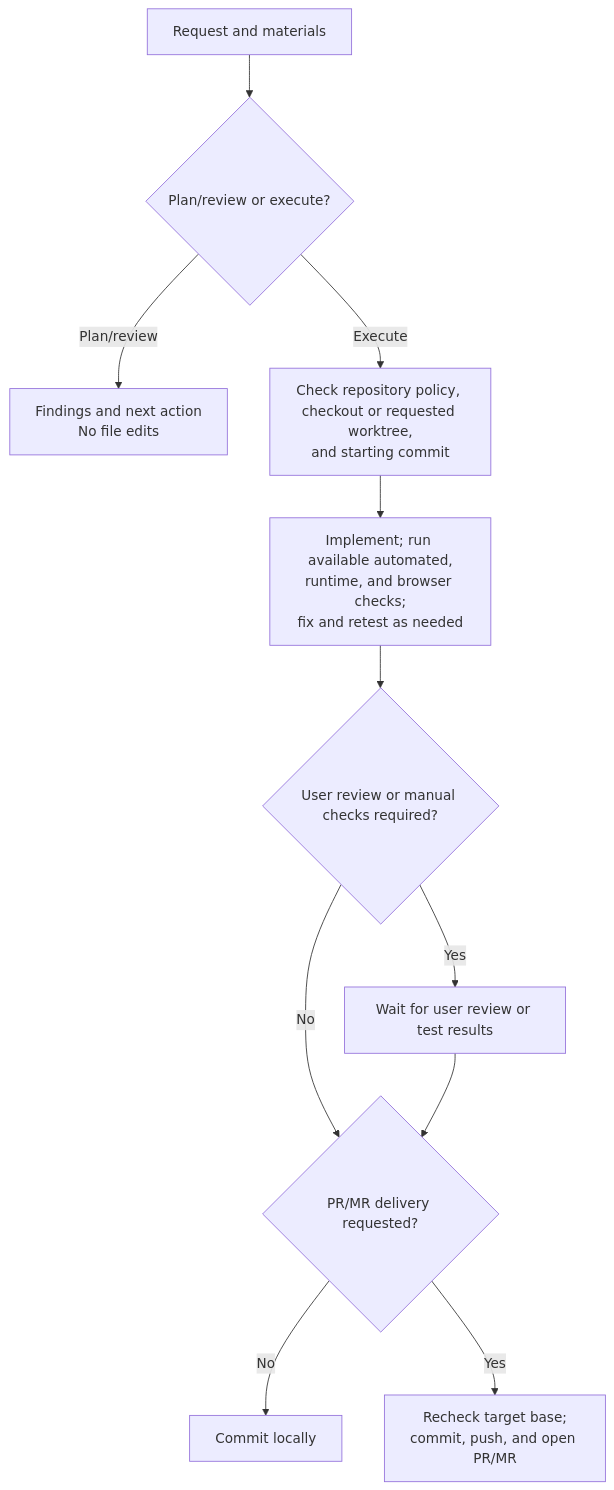
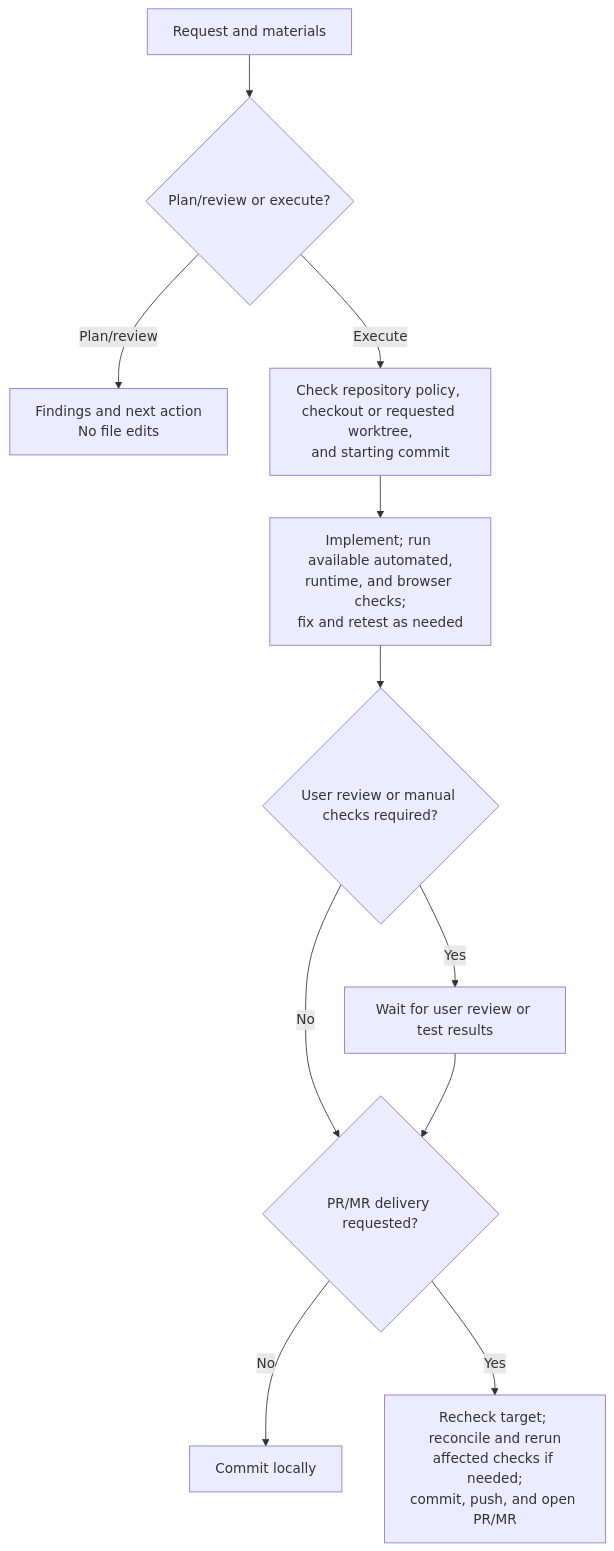
Before and after one commit to sherrilla71940/dotfiles: the second of 2 diagrams in README.md, drawn with Mermaid. The commit also changed other lines of this file and 1 other file, not shown here.

````diff
--- a/README.md
+++ b/README.md
@@ -51,13 +51,13 @@
 ```mermaid
 flowchart TB
     request["Request and materials"] --> route{"Plan/review or execute?"}
     route -->|Plan/review| findings["Findings and next action<br/>No file edits"]
     route -->|Execute| workspace["Check repository policy, checkout or requested worktree,<br/>and starting commit"]
     workspace --> work["Implement; run available automated,<br/>runtime, and browser checks;<br/>fix and retest as needed"]
     work --> gate{"User review or manual checks required?"}
     gate -->|Yes| user["Wait for user review or test results"]
     gate -->|No| delivery{"PR/MR delivery requested?"}
     user --> delivery
     delivery -->|No| local["Commit locally"]
-    delivery -->|Yes| publish["Recheck target base;<br/>commit, push, and open PR/MR"]
+    delivery -->|Yes| publish["Recheck target; reconcile and rerun<br/>affected checks if needed;<br/>commit, push, and open PR/MR"]
 ```
````
